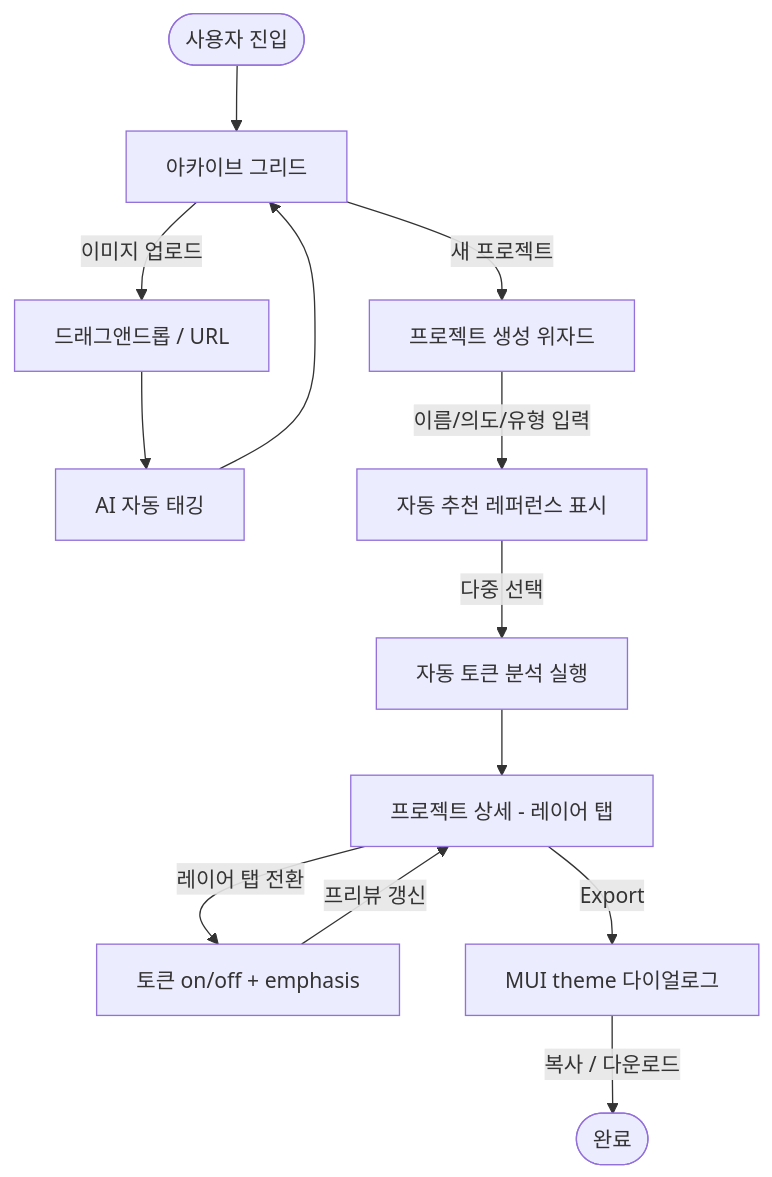
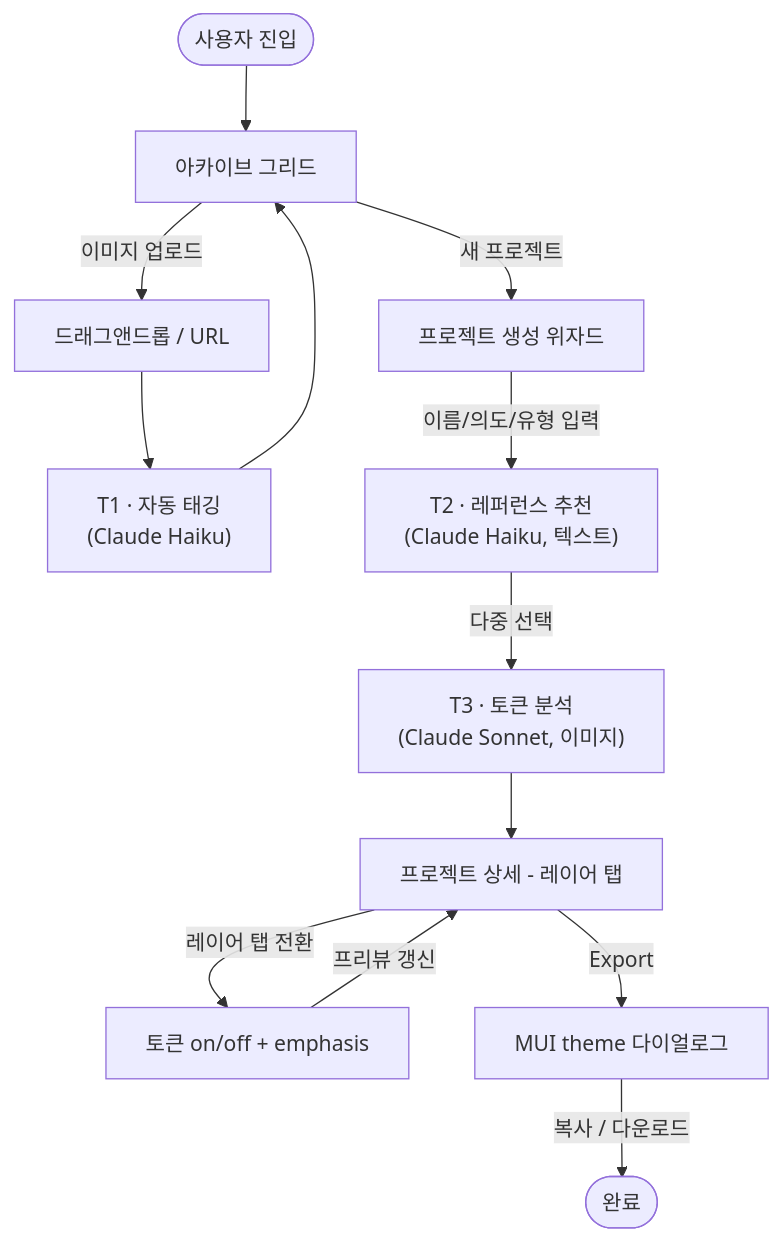
The diagram in docs/muse/02-ux-flow.md (groovelb/vdl-online-3rd-muse-completed), drawn with Mermaid before and after one commit. The commit also changed other lines of this file and 12 other files, not shown here.

````diff
--- a/docs/muse/02-ux-flow.md
+++ b/docs/muse/02-ux-flow.md
@@ -56,18 +56,18 @@
 ```mermaid
 flowchart TD
     Start([사용자 진입]) --> Archive[아카이브 그리드]
     Archive -->|이미지 업로드| Upload[드래그앤드롭 / URL]
-    Upload --> AutoTag[AI 자동 태깅]
+    Upload --> AutoTag["T1 · 자동 태깅<br/>(Claude Haiku)"]
     AutoTag --> Archive
 
     Archive -->|새 프로젝트| NewProj[프로젝트 생성 위자드]
-    NewProj -->|이름/의도/유형 입력| Recommend[자동 추천 레퍼런스 표시]
-    Recommend -->|다중 선택| Analyze[자동 토큰 분석 실행]
+    NewProj -->|이름/의도/유형 입력| Recommend["T2 · 레퍼런스 추천<br/>(Claude Haiku, 텍스트)"]
+    Recommend -->|다중 선택| Analyze["T3 · 토큰 분석<br/>(Claude Sonnet, 이미지)"]
     Analyze --> Detail[프로젝트 상세 - 레이어 탭]
 
     Detail -->|레이어 탭 전환| Edit[토큰 on/off + emphasis]
     Edit -->|프리뷰 갱신| Detail
 
     Detail -->|Export| ExportDlg[MUI theme 다이얼로그]
     ExportDlg -->|복사 / 다운로드| Done([완료])
 ```
````
